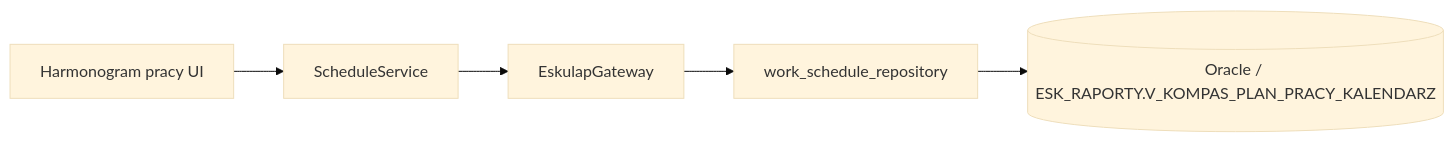
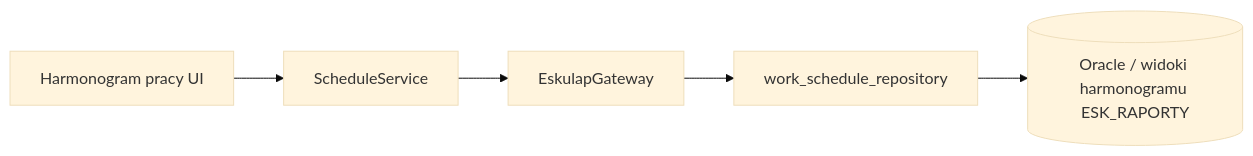
The second of 2 diagrams in docs/ARCHITECTURE/KOMPAS_MODULE_ARCHITECTURE.md (psychlodz/panel-koordynatora), drawn with Mermaid (base theme) before and after one commit. The commit also changed other lines of this file and 12 other files, not shown here.

````diff
--- a/docs/ARCHITECTURE/KOMPAS_MODULE_ARCHITECTURE.md
+++ b/docs/ARCHITECTURE/KOMPAS_MODULE_ARCHITECTURE.md
@@ -141,13 +154,13 @@
 ```mermaid
 flowchart LR
     H["Harmonogram pracy UI"]
     S["ScheduleService"]
     G["EskulapGateway"]
     R["work_schedule_repository"]
-    O[("Oracle / ESK_RAPORTY.V_KOMPAS_PLAN_PRACY_KALENDARZ")]
+    O[("Oracle / widoki harmonogramu ESK_RAPORTY")]
 
     H --> S
     S --> G
     G --> R
     R --> O
 ```
````
